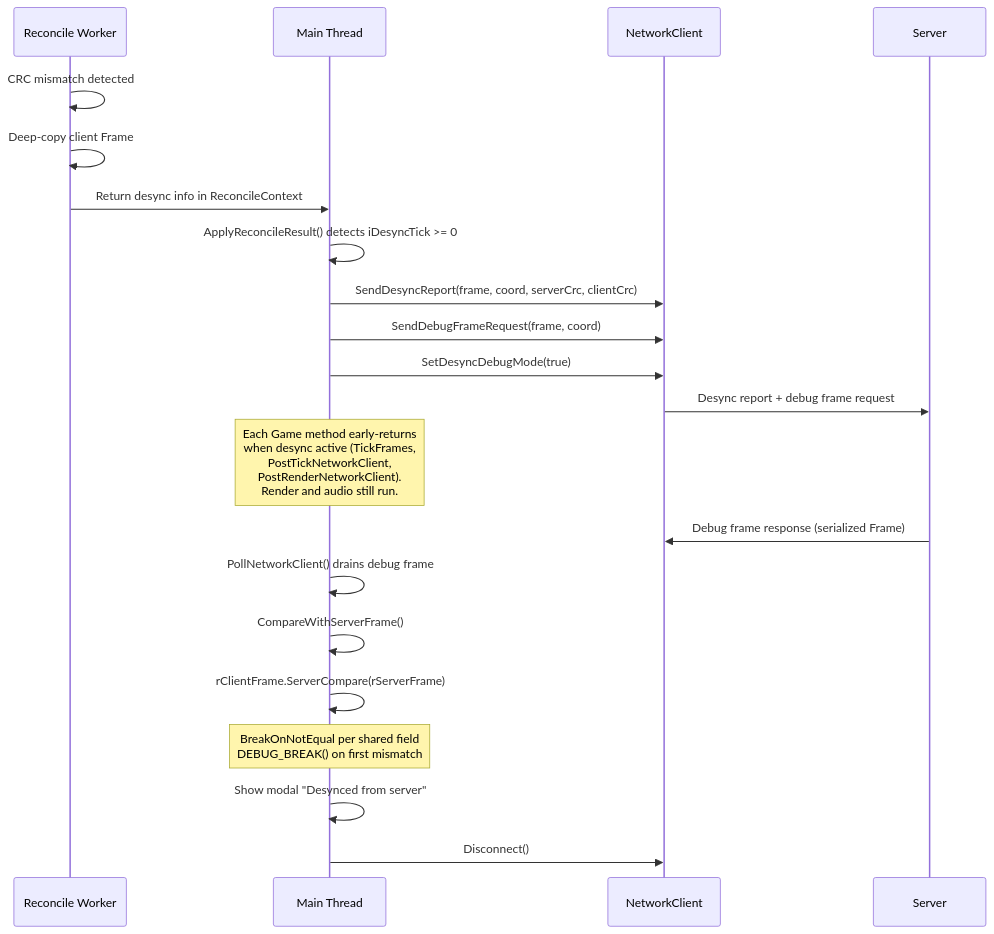
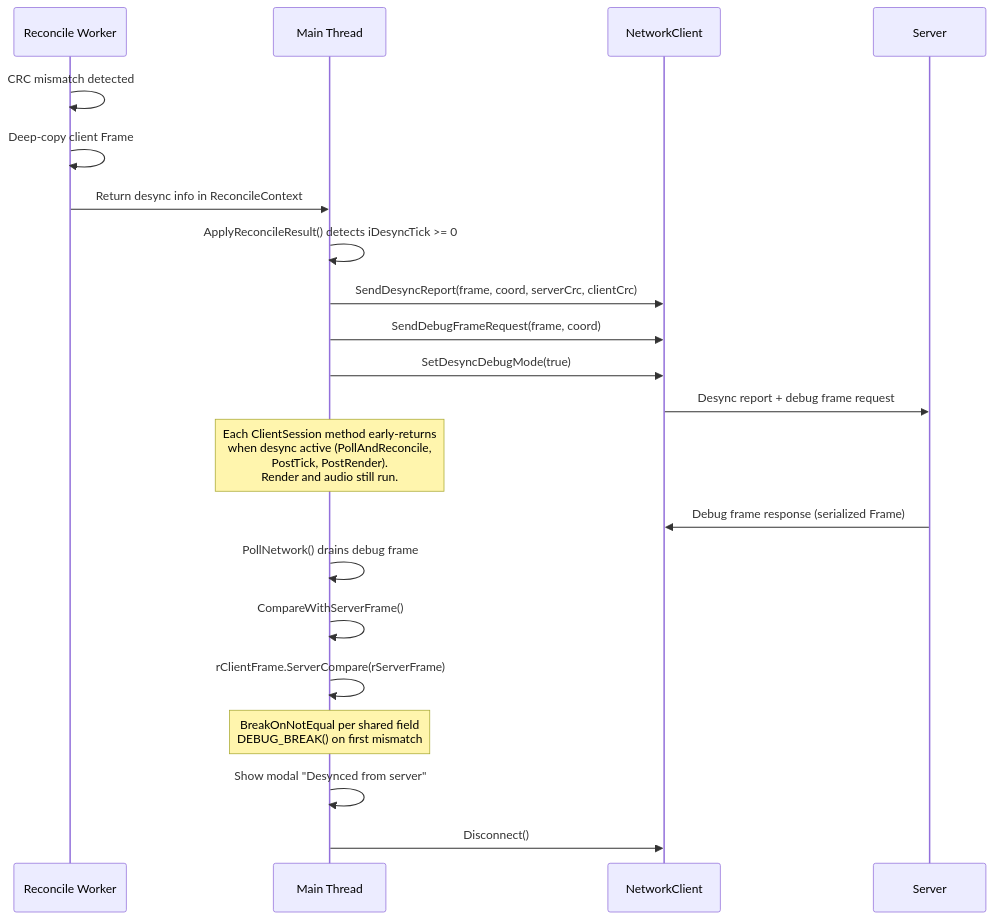
Before and after one commit to DougTanner/BrokenEnginePublic: the fourth of 4 diagrams in Documents/Architecture/GameReconciliation.md, drawn with Mermaid. The commit also changed other lines of this file and 52 other files, not shown here.

Commit message:
Refactoring network out of game

````diff
--- a/Documents/Architecture/GameReconciliation.md
+++ b/Documents/Architecture/GameReconciliation.md
@@ -141,29 +141,29 @@
 ```mermaid
 %%{init: {'theme': 'default'}}%%
 sequenceDiagram
     participant Worker as Reconcile Worker
     participant Main as Main Thread
     participant Net as NetworkClient
     participant Server
 
     Worker->>Worker: CRC mismatch detected
     Worker->>Worker: Deep-copy client Frame
     Worker->>Main: Return desync info in ReconcileContext
 
     Main->>Main: ApplyReconcileResult() detects iDesyncTick >= 0
     Main->>Net: SendDesyncReport(frame, coord, serverCrc, clientCrc)
     Main->>Net: SendDebugFrameRequest(frame, coord)
     Main->>Net: SetDesyncDebugMode(true)
     Net->>Server: Desync report + debug frame request
 
-    Note over Main: Each Game method early-returns<br/>when desync active (TickFrames,<br/>PostTickNetworkClient,<br/>PostRenderNetworkClient).<br/>Render and audio still run.
+    Note over Main: Each ClientSession method early-returns<br/>when desync active (PollAndReconcile,<br/>PostTick, PostRender).<br/>Render and audio still run.
 
     Server->>Net: Debug frame response (serialized Frame)
-    Main->>Main: PollNetworkClient() drains debug frame
+    Main->>Main: PollNetwork() drains debug frame
     Main->>Main: CompareWithServerFrame()
     Main->>Main: rClientFrame.ServerCompare(rServerFrame)
     Note over Main: BreakOnNotEqual per shared field<br/>DEBUG_BREAK() on first mismatch
 
     Main->>Main: Show modal "Desynced from server"
     Main->>Net: Disconnect()
 ```
````
